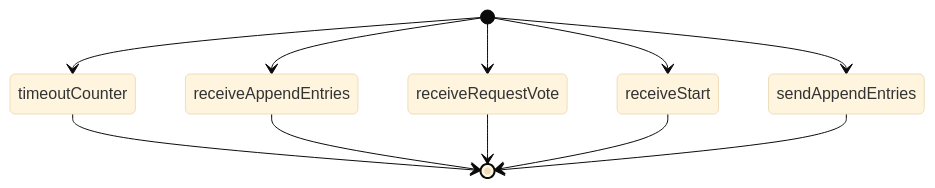
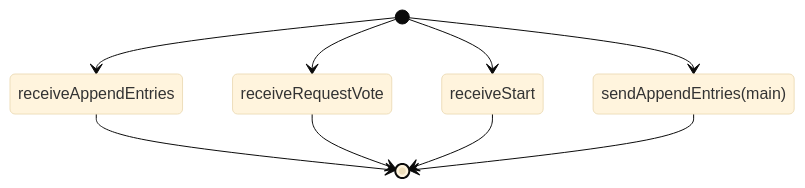
Before and after one commit to Olive-2019/blogPost: the third of 4 diagrams in DS-Lab2.md, drawn with Mermaid (base theme). The commit also changed other lines of this file, not shown here.

````diff
--- a/DS-Lab2.md
+++ b/DS-Lab2.md
@@ -155,17 +161,15 @@
 ```mermaid
 stateDiagram-v2
-    [*] --> timeoutCounter
-    timeoutCounter --> [*]
     [*] --> receiveAppendEntries
     receiveAppendEntries --> [*]
-    
+  
     [*] --> receiveRequestVote
     receiveRequestVote --> [*]
 
     [*] --> receiveStart
     receiveStart --> [*]
 
-    [*] --> sendAppendEntries
-    sendAppendEntries --> [*]
-    
+    [*] --> sendAppendEntries(main)
+    sendAppendEntries(main) --> [*]
+  
 ```
````
